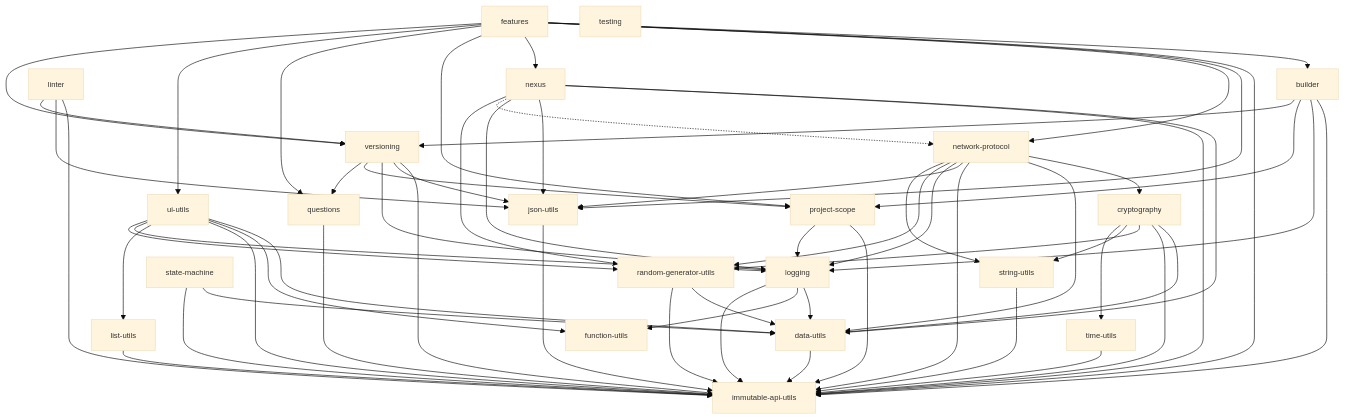
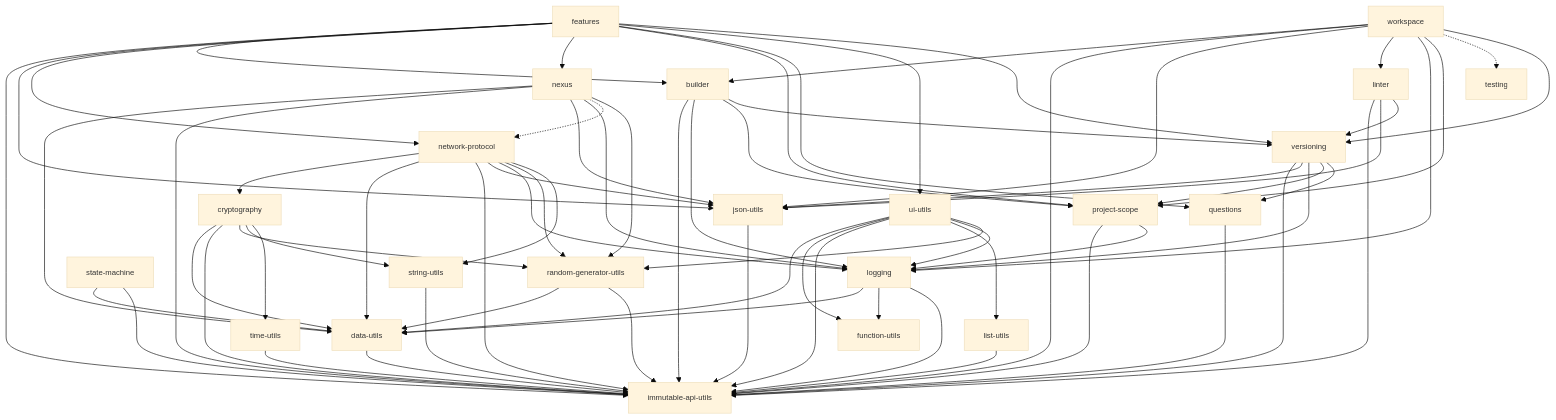
Before and after one commit to AndrewRedican/hyperfrontend: the diagram in LIBRARY_COMPATIBILITY.md, drawn with Mermaid. The commit also changed other lines of this file and 4 other files, not shown here.

Commit message:
docs(hyperfrontend): name hf.json, the root project and the moved tools

````diff
--- a/LIBRARY_COMPATIBILITY.md
+++ b/LIBRARY_COMPATIBILITY.md
@@ -152,6 +156,7 @@
     time_utils["time-utils"]
     ui_utils["ui-utils"]
     versioning["versioning"]
+    workspace["workspace"]
     builder --> immutable_api_utils
     builder --> logging
     builder --> project_scope
@@ -212,4 +217,12 @@
     versioning --> logging
     versioning --> project_scope
     versioning --> questions
+    workspace --> builder
+    workspace --> immutable_api_utils
+    workspace --> json_utils
+    workspace --> linter
+    workspace --> logging
+    workspace --> project_scope
+    workspace -.-> testing
+    workspace --> versioning
 ```
````
